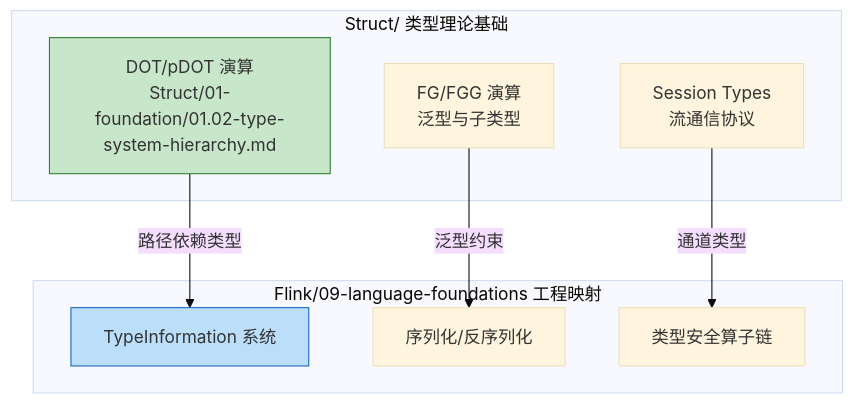
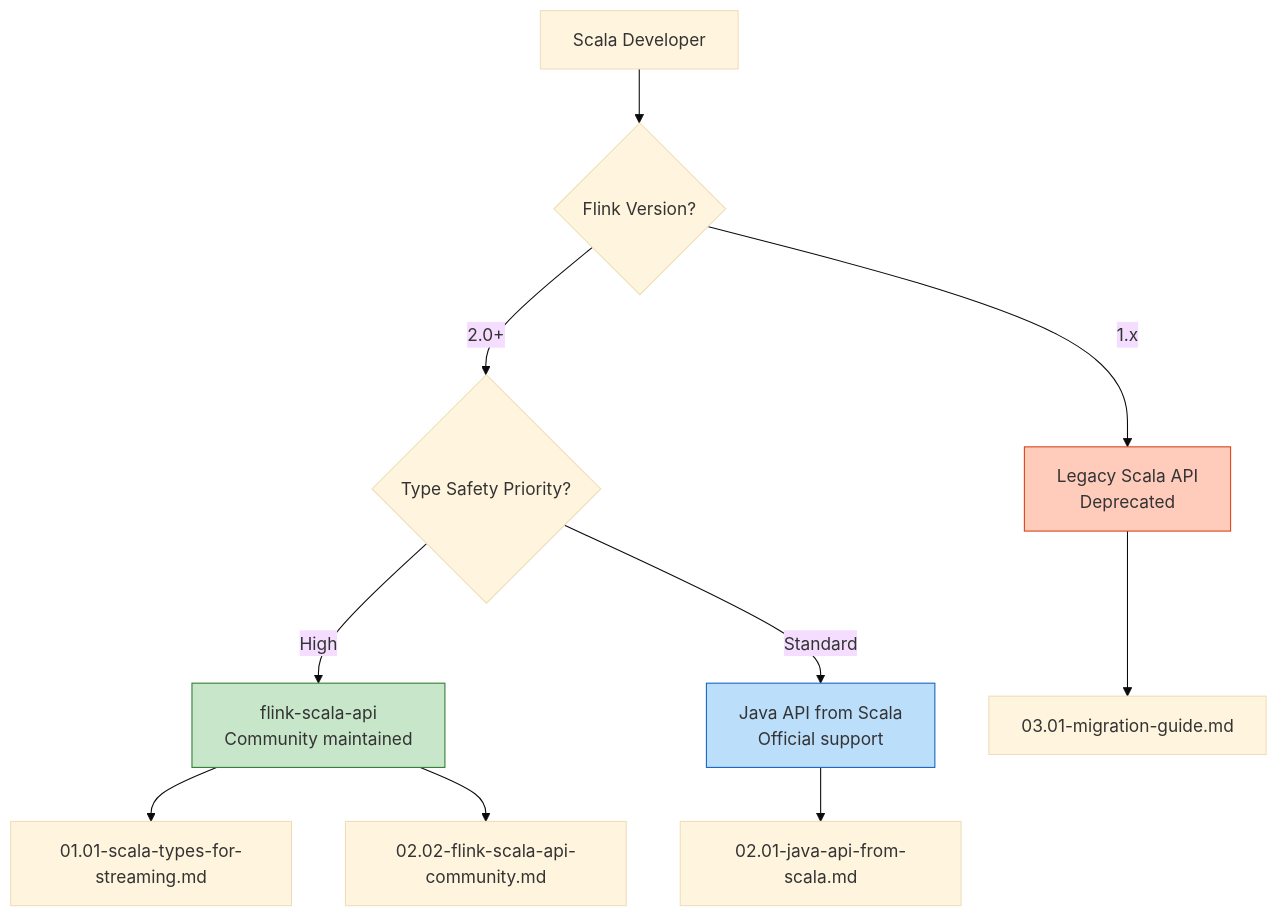
One commit to AdaMartin18010/AnalysisDataFlow changed the second of 10 diagrams in Flink/09-language-foundations/00-INDEX.md. Above: the diagram before and after it, drawn with Mermaid (base theme). The commit also changed other lines of this file and 19 other files, not shown here.

````diff
--- a/Flink/09-language-foundations/00-INDEX.md
+++ b/Flink/09-language-foundations/00-INDEX.md
@@ -122,21 +94,20 @@
 ```mermaid
-graph TB
-    subgraph "Struct/ 类型理论基础"
-        DOT["DOT/pDOT 演算<br/>Struct/01-foundation/01.02-type-system-hierarchy.md"]
-        FG["FG/FGG 演算<br/>泛型与子类型"]
-        SessionT["Session Types<br/>流通信协议"]
-    end
+graph TD
+    START[Scala Developer] --> Q1{Flink Version?}
 
-    subgraph "Flink/09-language-foundations 工程映射"
-        TypeInfo["TypeInformation 系统"]
-        SerDe["序列化/反序列化"]
-        TypeSafe["类型安全算子链"]
-    end
+    Q1 -->|1.x| LEGACY[Legacy Scala API<br/>Deprecated]
+    Q1 -->|2.0+| Q2{Type Safety Priority?}
 
-    DOT -->|路径依赖类型| TypeInfo
-    FG -->|泛型约束| SerDe
-    SessionT -->|通道类型| TypeSafe
+    Q2 -->|High| COMMUNITY[flink-scala-api<br/>Community maintained]
+    Q2 -->|Standard| JAVA_FROM_SCALA[Java API from Scala<br/>Official support]
 
-    style DOT fill:#c8e6c9,stroke:#2e7d32
-    style TypeInfo fill:#bbdefb,stroke:#1565c0
+    COMMUNITY --> S1[01.01-scala-types-for-streaming.md]
+    COMMUNITY --> S2[02.02-flink-scala-api-community.md]
+    JAVA_FROM_SCALA --> J1[02.01-java-api-from-scala.md]
+
+    LEGACY --> MIGRATE[03.01-migration-guide.md]
+
+    style COMMUNITY fill:#c8e6c9,stroke:#2e7d32
+    style JAVA_FROM_SCALA fill:#bbdefb,stroke:#1565c0
+    style LEGACY fill:#ffccbc,stroke:#d84315
 ```
````
